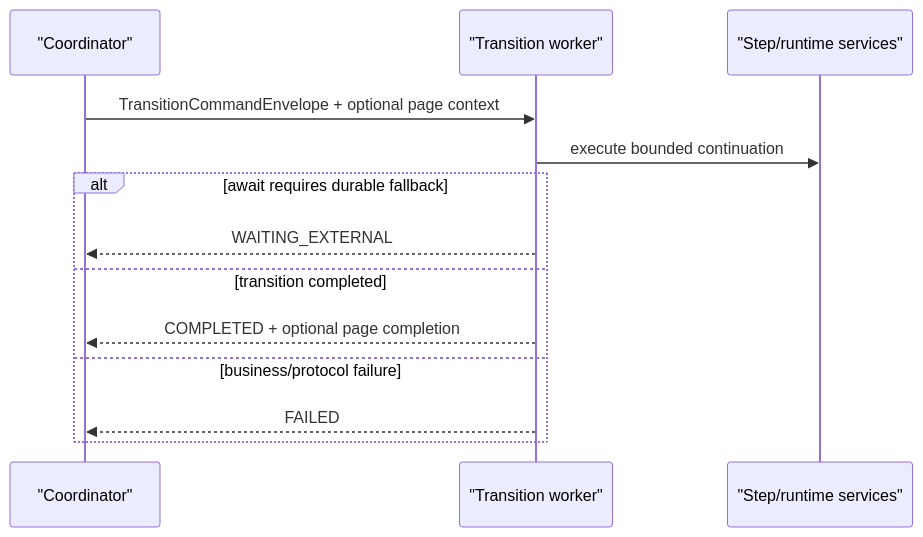
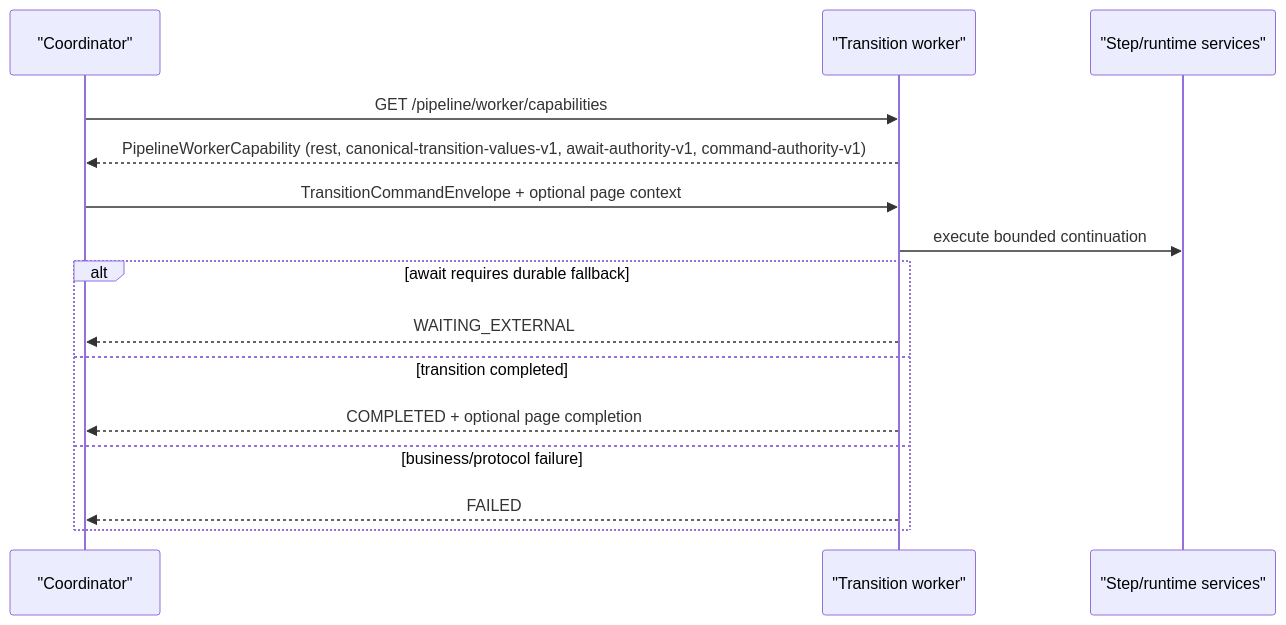
The diagram in docs/evolve/durable-coordinator/worker-protocols.md (The-Pipeline-Framework/pipelineframework), drawn with Mermaid before and after one commit. The commit also changed other lines of this file and 4 other files, not shown here.

First line of the commit message:
Document registered SYNC worker Command authority and add Mermaid diagrams

````diff
--- a/docs/evolve/durable-coordinator/worker-protocols.md
+++ b/docs/evolve/durable-coordinator/worker-protocols.md
@@ -9,16 +9,18 @@
 ```mermaid
 sequenceDiagram
     participant Coord as "Coordinator"
     participant Worker as "Transition worker"
     participant Steps as "Step/runtime services"
 
+    Coord->>Worker: GET /pipeline/worker/capabilities
+    Worker-->>Coord: PipelineWorkerCapability (rest, canonical-transition-values-v1, await-authority-v1, command-authority-v1)
     Coord->>Worker: TransitionCommandEnvelope + optional page context
     Worker->>Steps: execute bounded continuation
     alt await requires durable fallback
         Worker-->>Coord: WAITING_EXTERNAL
     else transition completed
         Worker-->>Coord: COMPLETED + optional page completion
     else business/protocol failure
         Worker-->>Coord: FAILED
     end
 ```
````
